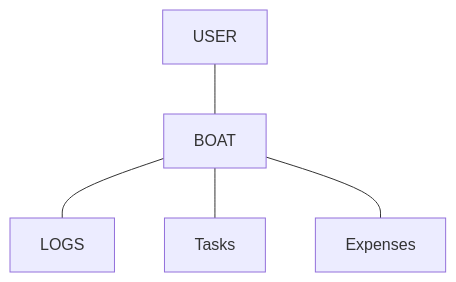
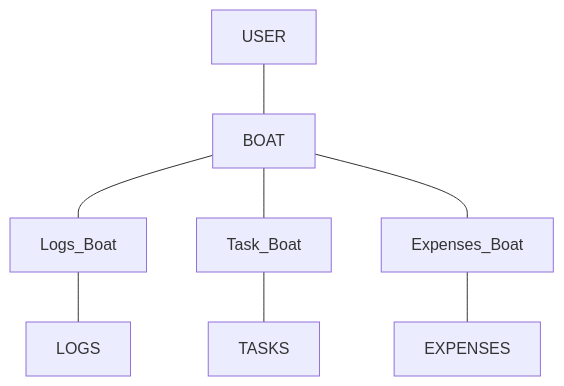
One commit to conorwaltersUno/BoatOwner changed the first of 2 diagrams in README.md. Above: the diagram before and after it, drawn with Mermaid. The commit also changed other lines of this file, not shown here.

````diff
--- a/README.md
+++ b/README.md
@@ -17,7 +19,10 @@
 ```mermaid
 flowchart
  USER --- BOAT
- BOAT --- LOGS
- BOAT --- Tasks
- BOAT --- Expenses
+ BOAT --- Logs_Boat
+ BOAT --- Task_Boat
+ BOAT --- Expenses_Boat
+ Logs_Boat --- LOGS
+ Task_Boat --- TASKS
+ Expenses_Boat --- EXPENSES
 ```
````
